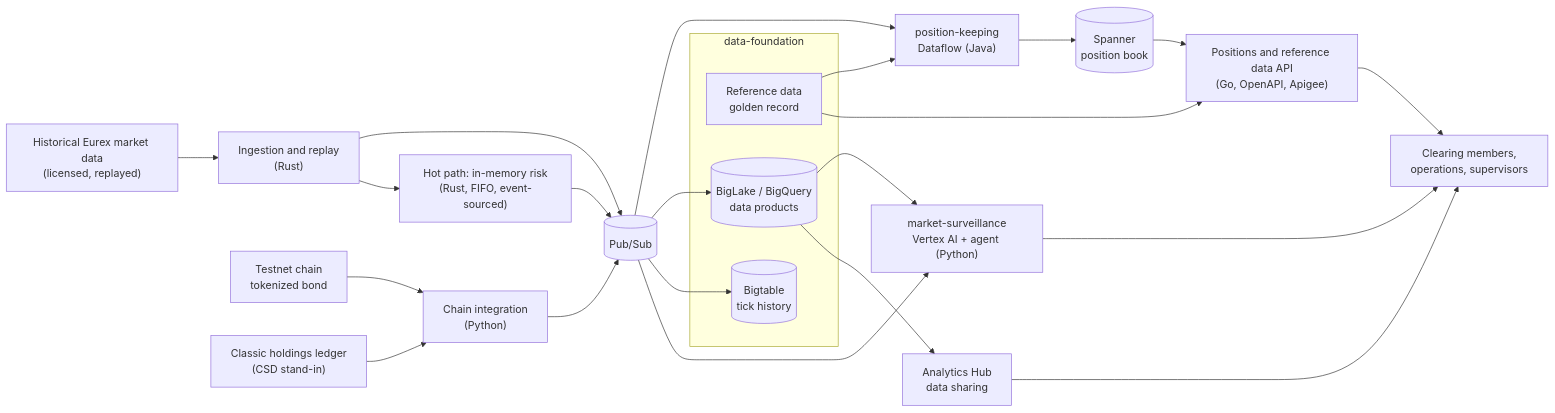
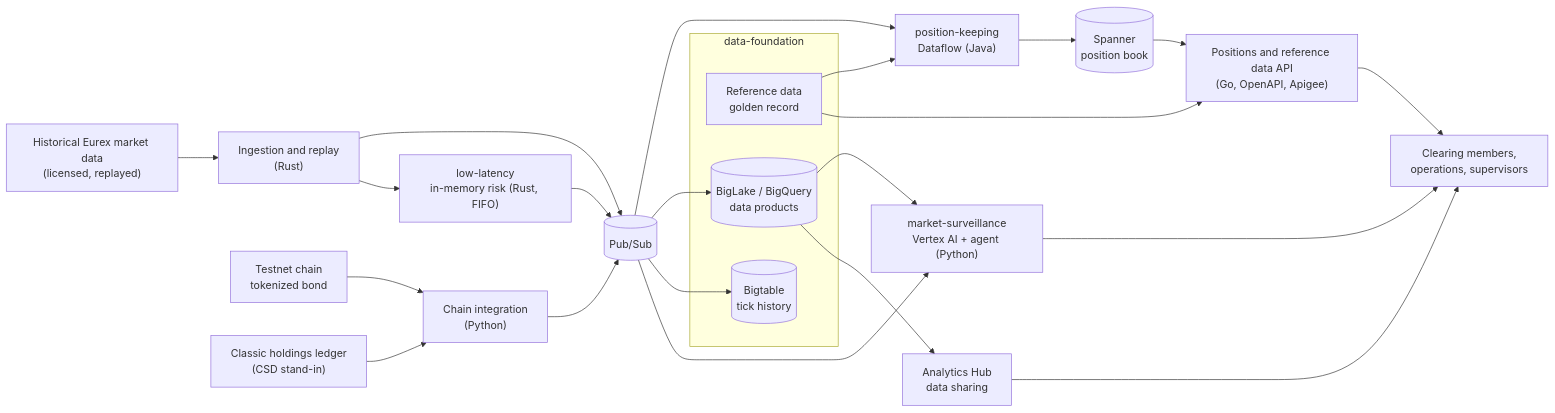
One commit to bperunx/gcp-eurex-post-trade changed the diagram in README.md. Above: the diagram before and after it, drawn with Mermaid. The commit also changed other lines of this file and 11 other files, not shown here.

First line of the commit message:
Add low-latency component, move platform to 00

````diff
--- a/README.md
+++ b/README.md
@@ -25,31 +26,31 @@
 ```mermaid
 flowchart LR
     MD["Historical Eurex market data<br/>(licensed, replayed)"] --> ING["Ingestion and replay<br/>(Rust)"]
     ING --> PS[("Pub/Sub")]
     CHAIN["Testnet chain<br/>tokenized bond"] --> INT["Chain integration<br/>(Python)"]
     LEDGER["Classic holdings ledger<br/>(CSD stand-in)"] --> INT
     INT --> PS
-    ING --> HOT["Hot path: in-memory risk<br/>(Rust, FIFO, event-sourced)"]
+    ING --> HOT["low-latency<br/>in-memory risk (Rust, FIFO)"]
     HOT --> PS
 
     subgraph DF["data-foundation"]
         RD["Reference data<br/>golden record"]
         LH[("BigLake / BigQuery<br/>data products")]
         BT[("Bigtable<br/>tick history")]
     end
 
     PS --> PK["position-keeping<br/>Dataflow (Java)"]
     PK --> SP[("Spanner<br/>position book")]
     PS --> LH
     PS --> BT
     RD --> PK
     PS --> MS["market-surveillance<br/>Vertex AI + agent (Python)"]
     LH --> MS
 
     SP --> API["Positions and reference data API<br/>(Go, OpenAPI, Apigee)"]
     RD --> API
     LH --> AH["Analytics Hub<br/>data sharing"]
     API --> CON["Clearing members,<br/>operations, supervisors"]
     AH --> CON
     MS --> CON
 ```
````
